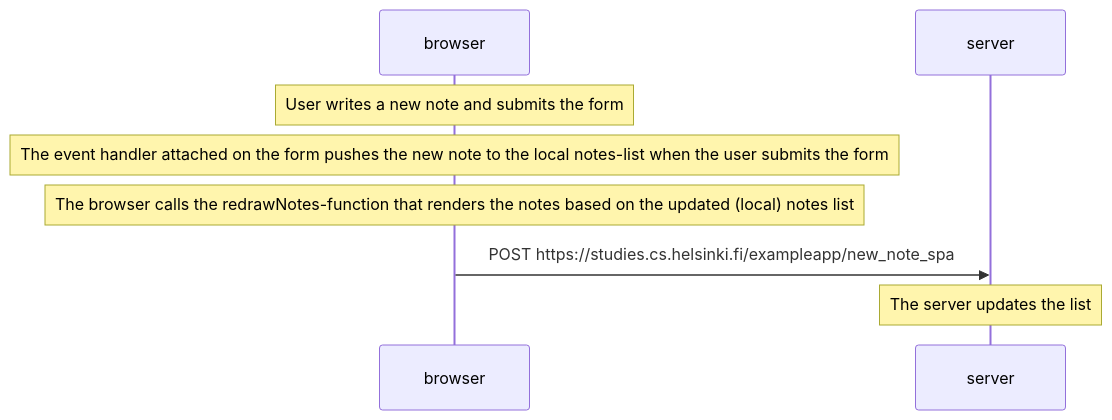
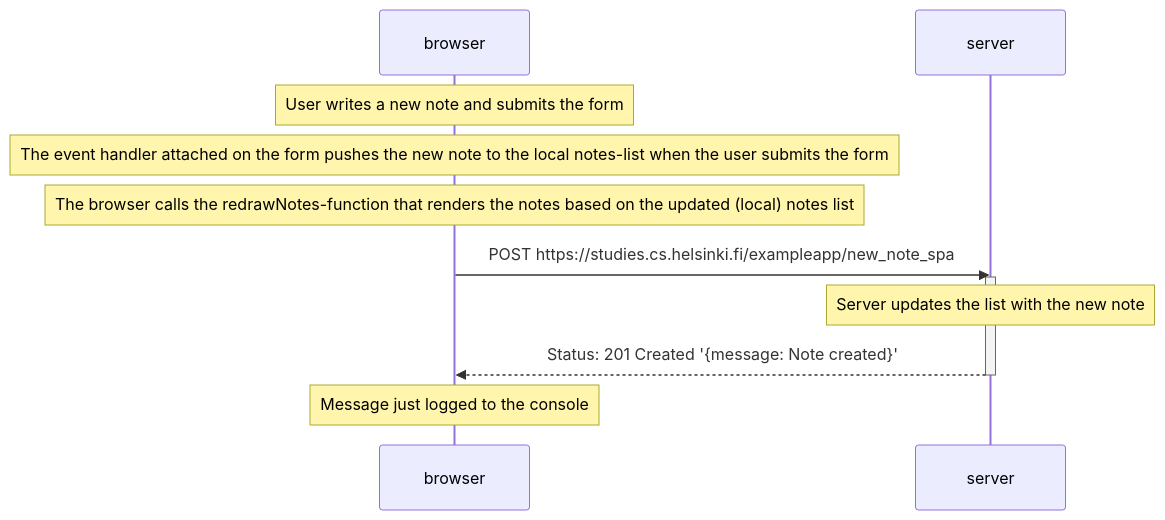
One commit to veimilt/fullstack_palautukset changed the diagram in 0.6_uusi_muistiinpano/diagram.md. Above: the diagram before and after it, drawn with Mermaid.

````diff
--- a/0.6_uusi_muistiinpano/diagram.md
+++ b/0.6_uusi_muistiinpano/diagram.md
@@ -1,16 +1,19 @@
 ```mermaid
 sequenceDiagram
     participant browser
     participant server 
  
     Note over browser: User writes a new note and submits the form
 
     Note over browser: The event handler attached on the form pushes the new note to the local notes-list when the user submits the form
 
     Note over browser: The browser calls the redrawNotes-function that renders the notes based on the updated (local) notes list
 
     browser->>server: POST https://studies.cs.helsinki.fi/exampleapp/new_note_spa
     activate server
+    Note over server: Server updates the list with the new note
+    server-->>browser: Status: 201 Created '{message: Note created}'
+    deactivate server
 
-    Note over server: The server updates the list
+    Note over browser: Message just logged to the console
 ```
````
